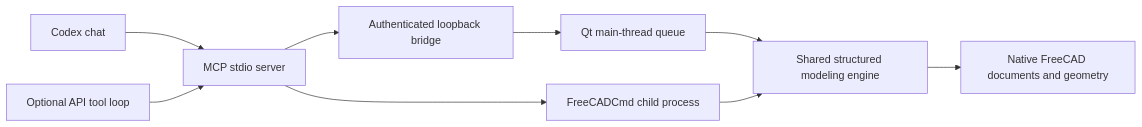
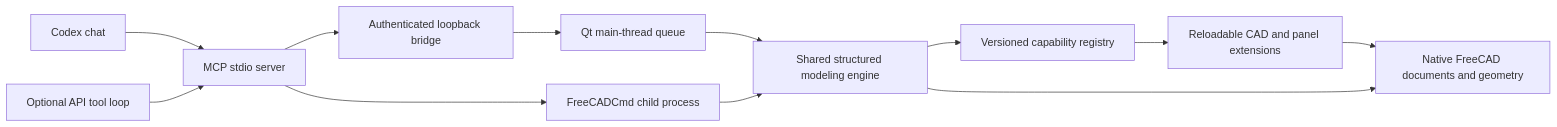
One commit to votecoffee/CodexFreeCADPlugin changed the diagram in docs/ARCHITECTURE.md. Above: the diagram before and after it, drawn with Mermaid. The commit also changed other lines of this file and 17 other files, not shown here.

````diff
--- a/docs/ARCHITECTURE.md
+++ b/docs/ARCHITECTURE.md
@@ -5,11 +5,14 @@
 ```mermaid
 flowchart LR
     Chat[Codex chat] --> MCP[MCP stdio server]
     API[Optional API tool loop] --> MCP
     MCP --> Live[Authenticated loopback bridge]
     MCP --> Worker[FreeCADCmd child process]
     Live --> Queue[Qt main-thread queue]
     Queue --> Engine[Shared structured modeling engine]
     Worker --> Engine
+    Engine --> Registry[Versioned capability registry]
+    Registry --> Extensions[Reloadable CAD and panel extensions]
+    Extensions --> FC
     Engine --> FC[Native FreeCAD documents and geometry]
 ```
````
